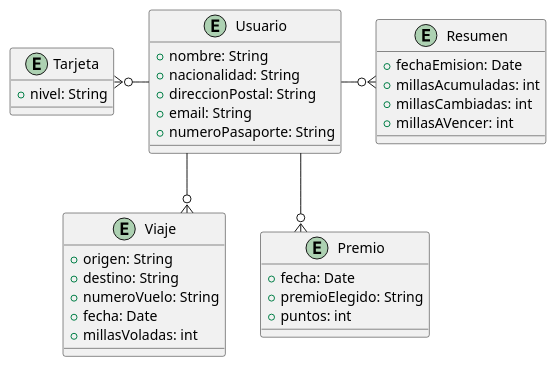
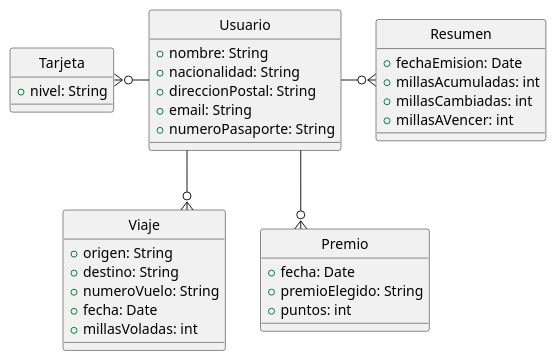
The diagram in [MDS]/Itinerario 14 - 2do Parcial/6 - Conversión del Diagrama de Clase al Modelo Entidad-Relación.puml (zherar7ordoya/AP6), drawn with PlantUML before and after one commit. The commit also changed 9 other files, not shown here.

```diff
--- a/[MDS]/Itinerario 14 - 2do Parcial/6 - Conversión del Diagrama de Clase al Modelo Entidad-Relación.puml
+++ b/[MDS]/Itinerario 14 - 2do Parcial/6 - Conversión del Diagrama de Clase al Modelo Entidad-Relación.puml
@@ -1,47 +1,48 @@
-@startuml
+@startuml Parcial 2 MDS2 2023
 
 ' En el Modelo Entidad-Relación, se utilizan las entidades "Usuario", "Tarjeta",
 ' "Viaje", "Premio" y "Resumen". Cada entidad se representa como una tabla, y
 ' los atributos se convierten en columnas de las tablas. Las relaciones entre
 ' las entidades se muestran a través de las líneas entre ellas.
 
 skinparam linetype ortho
+hide circle
 
 entity Usuario {
   + nombre: String
   + nacionalidad: String
   + direccionPostal: String
   + email: String
   + numeroPasaporte: String
 }
 
 entity Tarjeta {
   + nivel: String
 }
 
 entity Viaje {
   + origen: String
   + destino: String
   + numeroVuelo: String
   + fecha: Date
   + millasVoladas: int
 }
 
 entity Premio {
   + fecha: Date
   + premioElegido: String
   + puntos: int
 }
 
 entity Resumen {
   + fechaEmision: Date
   + millasAcumuladas: int
   + millasCambiadas: int
   + millasAVencer: int
 }
 
 Usuario -left-o{ Tarjeta
 Usuario --o{ Viaje
 Usuario --o{ Premio
 Usuario -right-o{ Resumen
 @enduml
```
